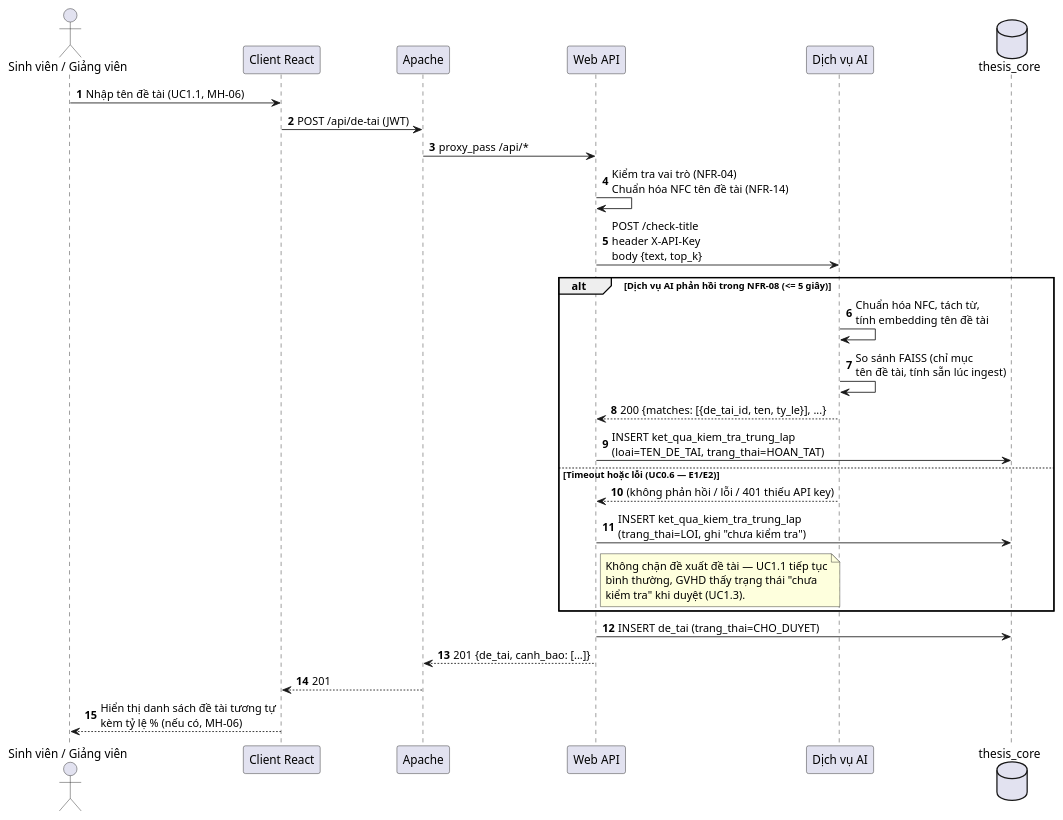
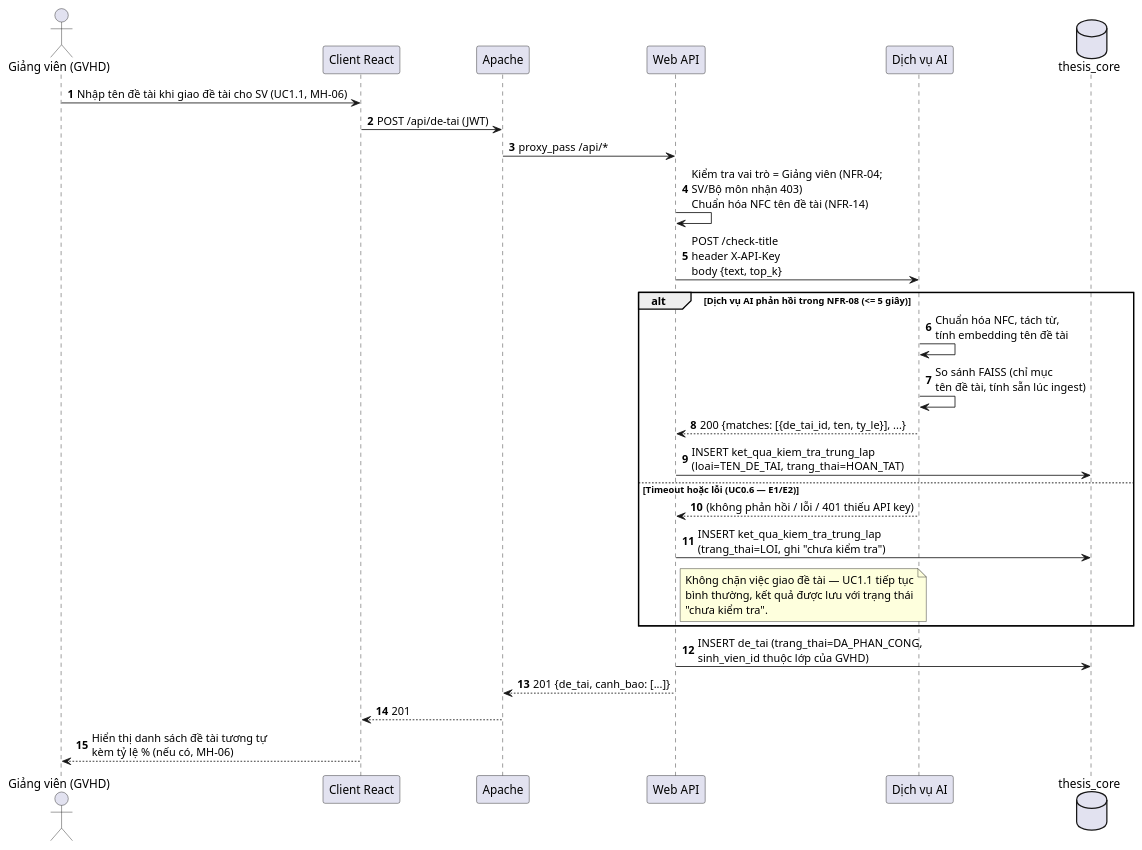
One commit to dtc235200036-alt/ICTU-DATN-NguyenThiMaiAnh changed the diagram in docs/chuong-3-thiet-ke/kien-truc/seq-check-title.puml. Above: the diagram before and after it, drawn with PlantUML. The commit also changed 59 other files, not shown here.

First line of the commit message:
docs(quick-261014-u0j): chương 2-3, sơ đồ, mockup, truy vết theo luồng GVHD tạo và giao đề tài

```diff
--- a/docs/chuong-3-thiet-ke/kien-truc/seq-check-title.puml
+++ b/docs/chuong-3-thiet-ke/kien-truc/seq-check-title.puml
@@ -1,39 +1,39 @@
 @startuml seq-check-title
 autonumber
 
-actor "Sinh viên / Giảng viên" as User
+actor "Giảng viên (GVHD)" as User
 participant "Client React" as Client
 participant "Apache" as Apache
 participant "Web API" as WebAPI
 participant "Dịch vụ AI" as AIService
 database "thesis_core" as DBCore
 
-User -> Client : Nhập tên đề tài (UC1.1, MH-06)
+User -> Client : Nhập tên đề tài khi giao đề tài cho SV (UC1.1, MH-06)
 Client -> Apache : POST /api/de-tai (JWT)
 Apache -> WebAPI : proxy_pass /api/*
 
-WebAPI -> WebAPI : Kiểm tra vai trò (NFR-04)\nChuẩn hóa NFC tên đề tài (NFR-14)
+WebAPI -> WebAPI : Kiểm tra vai trò = Giảng viên (NFR-04;\nSV/Bộ môn nhận 403)\nChuẩn hóa NFC tên đề tài (NFR-14)
 
 WebAPI -> AIService : POST /check-title\nheader X-API-Key\nbody {text, top_k}
 
 alt Dịch vụ AI phản hồi trong NFR-08 (<= 5 giây)
   AIService -> AIService : Chuẩn hóa NFC, tách từ,\ntính embedding tên đề tài
   AIService -> AIService : So sánh FAISS (chỉ mục\ntên đề tài, tính sẵn lúc ingest)
   AIService --> WebAPI : 200 {matches: [{de_tai_id, ten, ty_le}], ...}
   WebAPI -> DBCore : INSERT ket_qua_kiem_tra_trung_lap\n(loai=TEN_DE_TAI, trang_thai=HOAN_TAT)
 else Timeout hoặc lỗi (UC0.6 — E1/E2)
   AIService --> WebAPI : (không phản hồi / lỗi / 401 thiếu API key)
   WebAPI -> DBCore : INSERT ket_qua_kiem_tra_trung_lap\n(trang_thai=LOI, ghi "chưa kiểm tra")
   note right of WebAPI
-    Không chặn đề xuất đề tài — UC1.1 tiếp tục
-    bình thường, GVHD thấy trạng thái "chưa
-    kiểm tra" khi duyệt (UC1.3).
+    Không chặn việc giao đề tài — UC1.1 tiếp tục
+    bình thường, kết quả được lưu với trạng thái
+    "chưa kiểm tra".
   end note
 end
 
-WebAPI -> DBCore : INSERT de_tai (trang_thai=CHO_DUYET)
+WebAPI -> DBCore : INSERT de_tai (trang_thai=DA_PHAN_CONG,\nsinh_vien_id thuộc lớp của GVHD)
 WebAPI --> Apache : 201 {de_tai, canh_bao: [...]}
 Apache --> Client : 201
 Client --> User : Hiển thị danh sách đề tài tương tự\nkèm tỷ lệ % (nếu có, MH-06)
 
 @enduml
```
